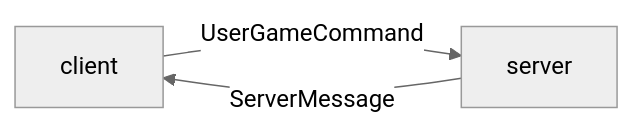
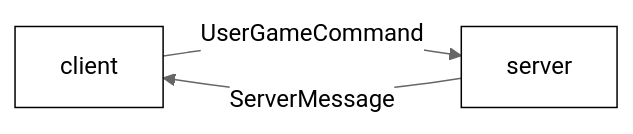
The second of 4 diagrams in chess/6-gameplay/gameplay.md (byucsstudent/cs240v2), drawn with Mermaid (neutral theme) before and after one commit. The commit also changed other lines of this file, not shown here.

````diff
--- a/chess/6-gameplay/gameplay.md
+++ b/chess/6-gameplay/gameplay.md
@@ -94,7 +94,8 @@
 ```mermaid
 flowchart LR
+classDef default fill:#ffffff,stroke:#000000,color:#000000,stroke-width:1px;
   client
   server
   client --> |UserGameCommand|server
   server --> |ServerMessage|client
 ```
````
